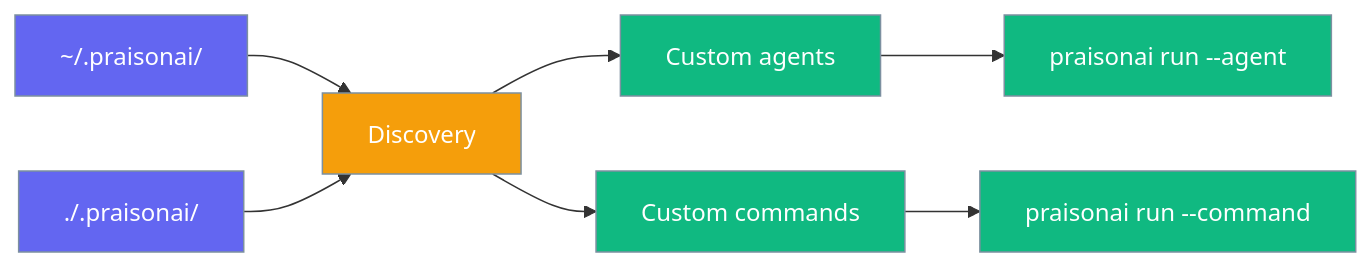
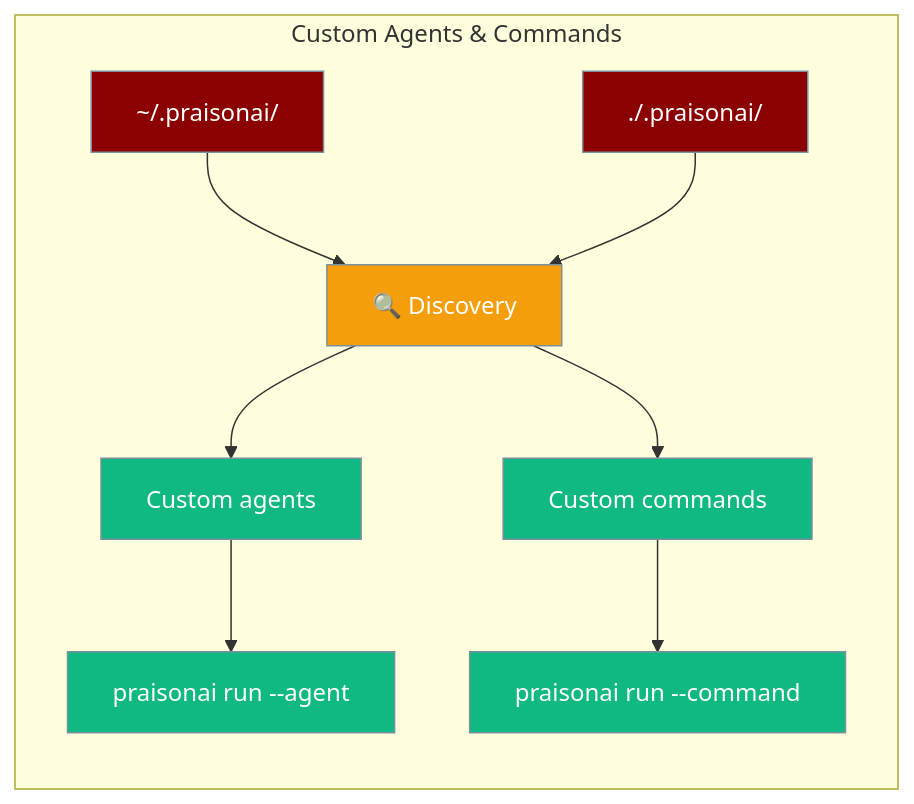
The first of 3 diagrams in docs/features/custom-agents-commands.mdx (MervinPraison/PraisonAIDocs), drawn with Mermaid before and after one commit. The commit also changed other lines of this file, not shown here.

First line of the commit message:
docs: fix AGENTS.md compliance in custom-agents-commands.mdx

````diff
--- a/docs/features/custom-agents-commands.mdx
+++ b/docs/features/custom-agents-commands.mdx
@@ -10,17 +10,19 @@
 ```mermaid
 graph LR
-    U[~/.praisonai/] --> D[Discovery]
-    P[./.praisonai/] --> D
-    D --> A[Custom agents]
-    D --> C[Custom commands]
-    A --> R[praisonai run --agent]
-    C --> RC[praisonai run --command]
+    subgraph "Custom Agents & Commands"
+        U[~/.praisonai/] --> D[🔍 Discovery]
+        P[./.praisonai/] --> D
+        D --> A[Custom agents]
+        D --> C[Custom commands]
+        A --> R[praisonai run --agent]
+        C --> RC[praisonai run --command]
+    end
 
-    classDef dir fill:#6366F1,stroke:#7C90A0,color:#fff
+    classDef dir fill:#8B0000,stroke:#7C90A0,color:#fff
     classDef discover fill:#F59E0B,stroke:#7C90A0,color:#fff
     classDef run fill:#10B981,stroke:#7C90A0,color:#fff
 
     class U,P dir
     class D discover
     class A,C,R,RC run
 ```
````
